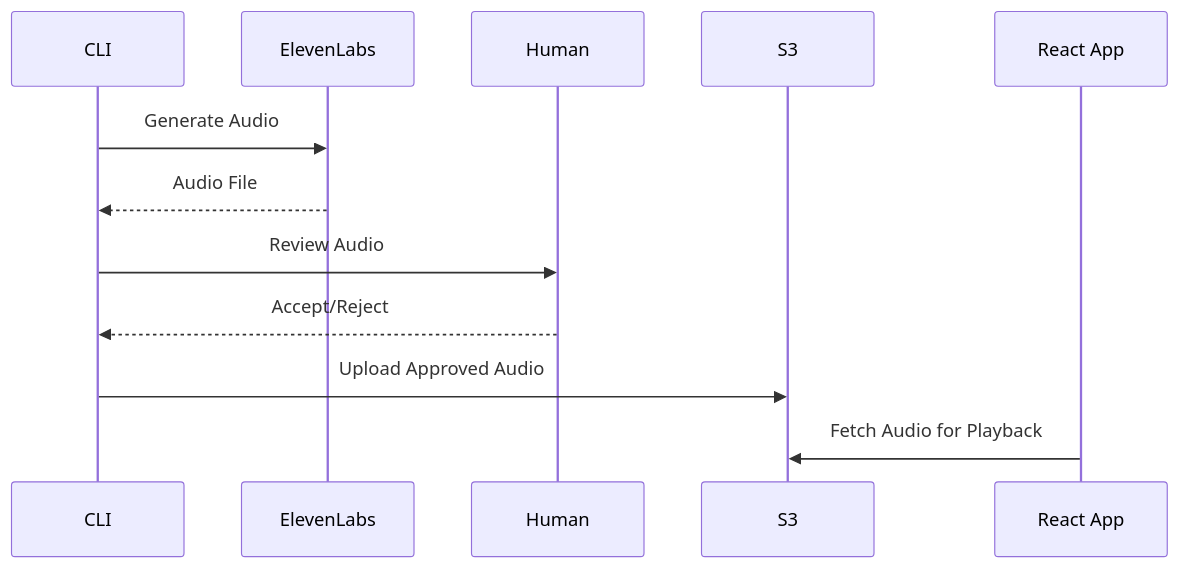
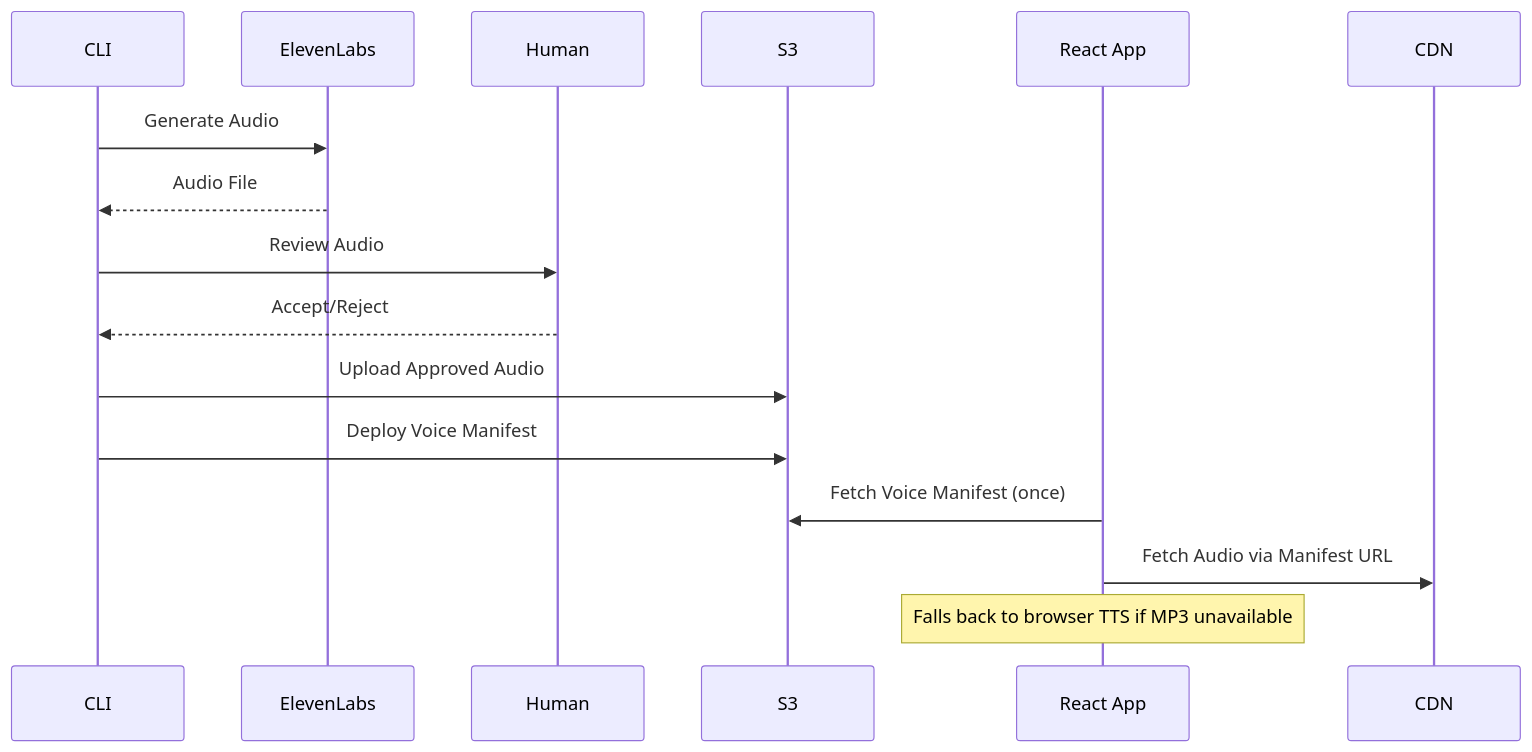
One commit to getOffIt/spellingWebsite changed the fifth of 5 diagrams in .sop/summary/architecture.md. Above: the diagram before and after it, drawn with Mermaid. The commit also changed other lines of this file and 21 other files, not shown here.

First line of the commit message:
Enhance voice integration and word selection architecture

````diff
--- a/.sop/summary/architecture.md
+++ b/.sop/summary/architecture.md
@@ -95,9 +105,12 @@
 ```mermaid
 sequenceDiagram
     CLI->>ElevenLabs: Generate Audio
     ElevenLabs-->>CLI: Audio File
     CLI->>Human: Review Audio
     Human-->>CLI: Accept/Reject
     CLI->>S3: Upload Approved Audio
-    React App->>S3: Fetch Audio for Playback
+    CLI->>S3: Deploy Voice Manifest
+    React App->>S3: Fetch Voice Manifest (once)
+    React App->>CDN: Fetch Audio via Manifest URL
+    Note over React App: Falls back to browser TTS if MP3 unavailable
 ```
````
